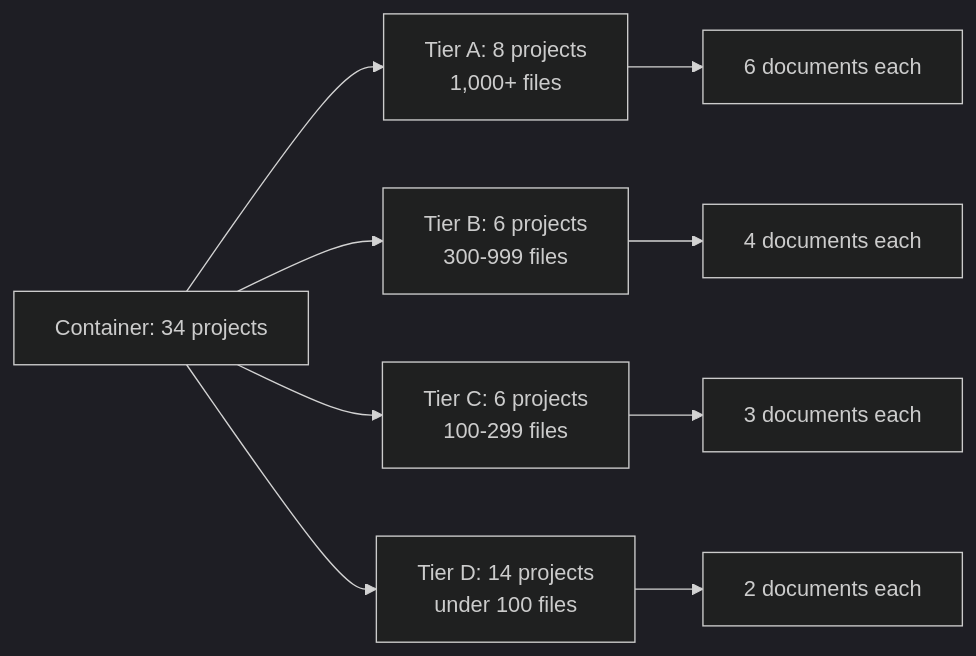
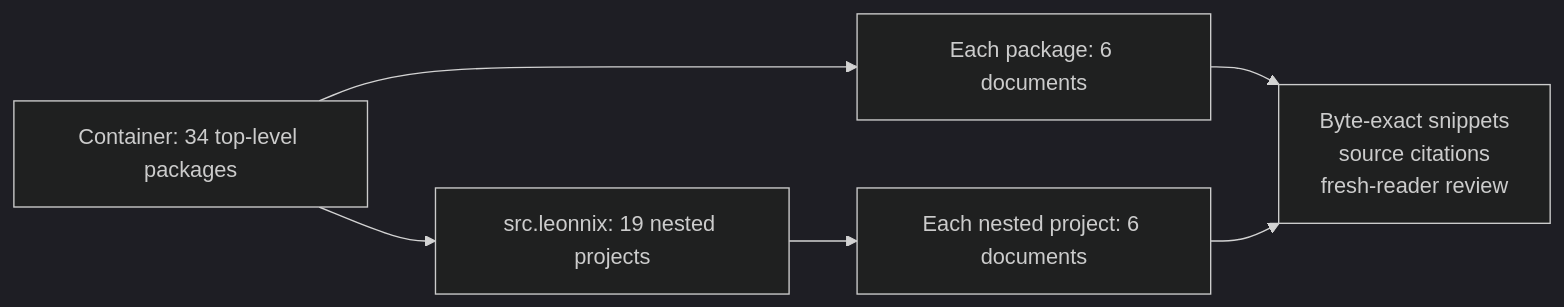
The first of 2 diagrams in src.aidesign/index.md (ewe-studios/explorations), drawn with Mermaid (dark theme) before and after one commit. The commit also changed other lines of this file and 47 other files, not shown here.

First line of the commit message:
ADD: [src.aidesign] split src.leonnix into 19 project packages and publish tastecode

````diff
--- a/src.aidesign/index.md
+++ b/src.aidesign/index.md
@@ -31,11 +34,8 @@
 ```mermaid
 flowchart LR
-    C["Container: 34 projects"] --> A["Tier A: 8 projects<br/>1,000+ files"]
-    C --> B["Tier B: 6 projects<br/>300-999 files"]
-    C --> Cc["Tier C: 6 projects<br/>100-299 files"]
-    C --> D["Tier D: 14 projects<br/>under 100 files"]
-    A --> Docs["6 documents each"]
-    B --> Docs2["4 documents each"]
-    Cc --> Docs3["3 documents each"]
-    D --> Docs4["2 documents each"]
+    C["Container: 34 top-level packages"] --> D["Each package: 6 documents"]
+    C --> N["src.leonnix: 19 nested projects"]
+    N --> ND["Each nested project: 6 documents"]
+    D --> V["Byte-exact snippets<br/>source citations<br/>fresh-reader review"]
+    ND --> V
 ```
````
